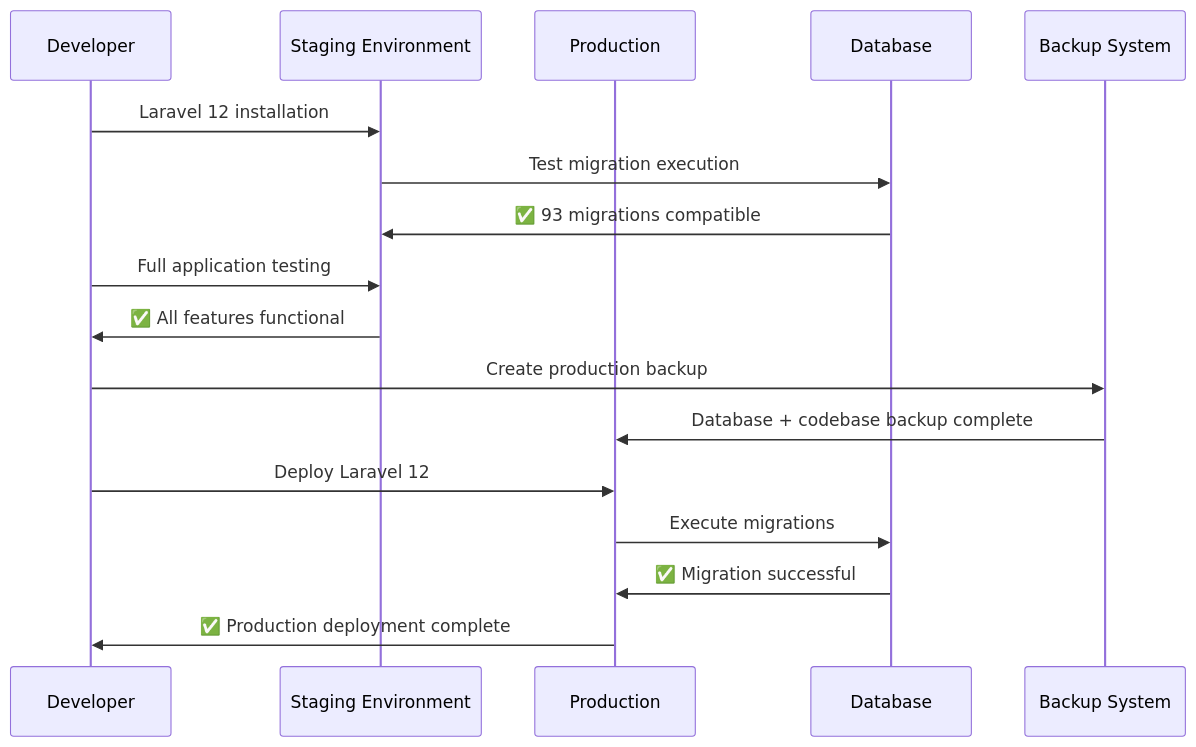
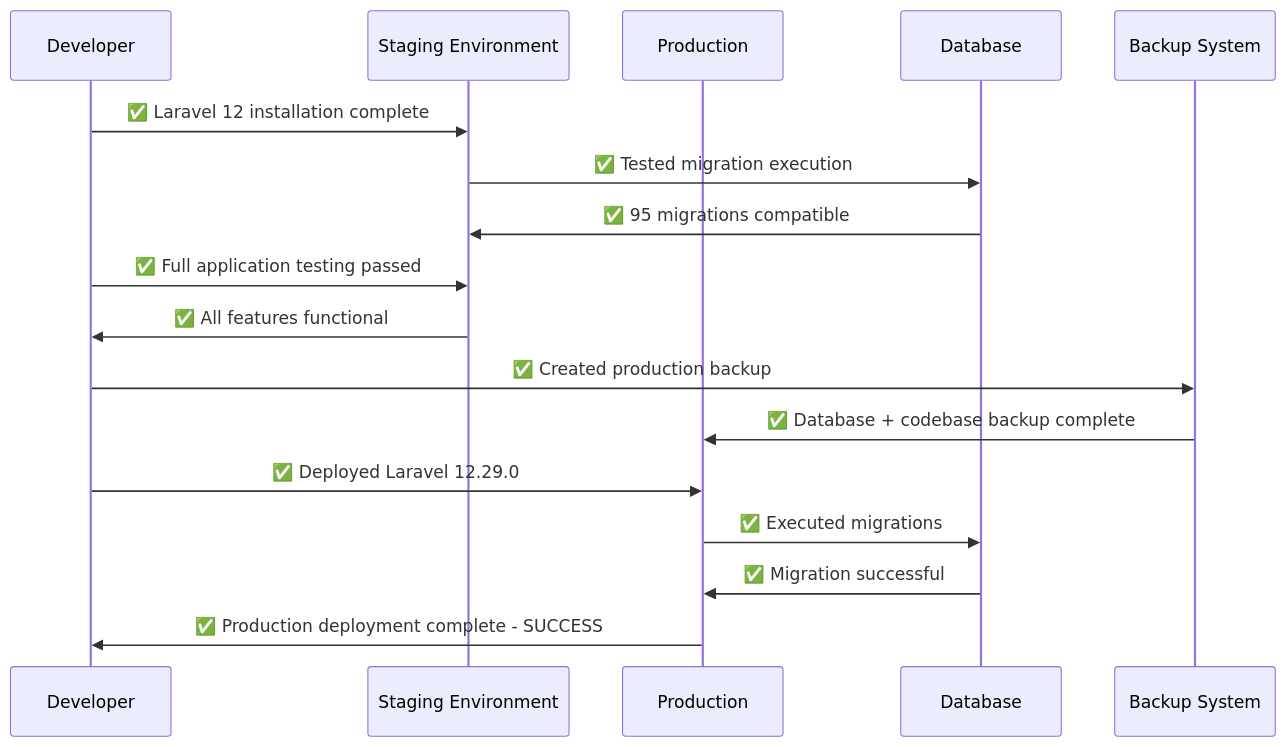
The fourth of 15 diagrams in docs/laravel-12-upgrade/visual.md (ltmoerdani/blazz), drawn with Mermaid before and after one commit. The commit also changed other lines of this file and 9 other files, not shown here.

````diff
--- a/docs/laravel-12-upgrade/visual.md
+++ b/docs/laravel-12-upgrade/visual.md
@@ -200,24 +200,24 @@
 ```mermaid
 sequenceDiagram
     participant DEV as Developer
     participant STAGING as Staging Environment
     participant PROD as Production
     participant DB as Database
     participant BACKUP as Backup System
     
-    DEV->>STAGING: Laravel 12 installation
-    STAGING->>DB: Test migration execution
-    DB->>STAGING: ✅ 93 migrations compatible
+    DEV->>STAGING: ✅ Laravel 12 installation complete
+    STAGING->>DB: ✅ Tested migration execution
+    DB->>STAGING: ✅ 95 migrations compatible
     
-    DEV->>STAGING: Full application testing
+    DEV->>STAGING: ✅ Full application testing passed
     STAGING->>DEV: ✅ All features functional
     
-    DEV->>BACKUP: Create production backup
-    BACKUP->>PROD: Database + codebase backup complete
+    DEV->>BACKUP: ✅ Created production backup
+    BACKUP->>PROD: ✅ Database + codebase backup complete
     
-    DEV->>PROD: Deploy Laravel 12
-    PROD->>DB: Execute migrations
+    DEV->>PROD: ✅ Deployed Laravel 12.29.0
+    PROD->>DB: ✅ Executed migrations
     DB->>PROD: ✅ Migration successful
     
-    PROD->>DEV: ✅ Production deployment complete
+    PROD->>DEV: ✅ Production deployment complete - SUCCESS
 ```
````
